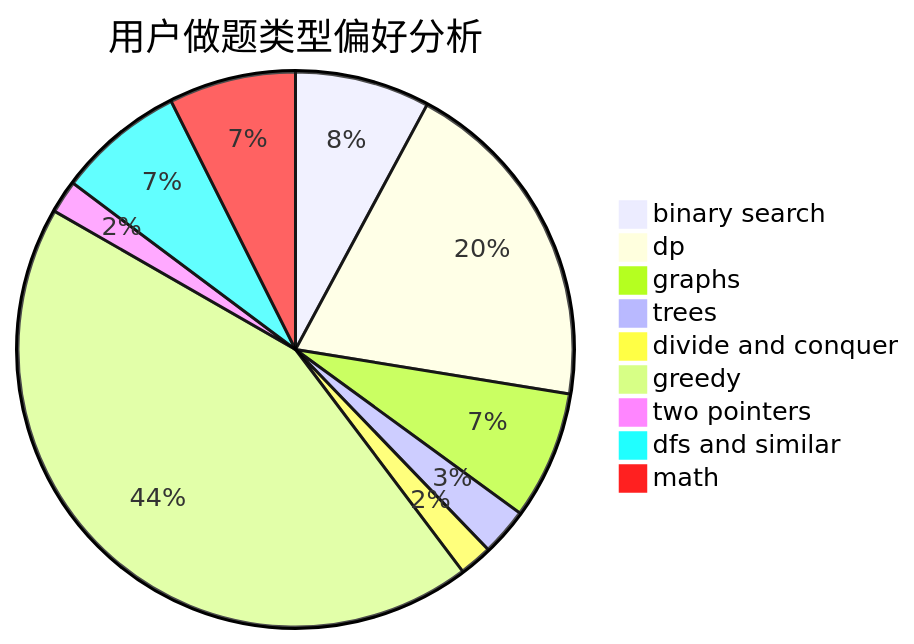
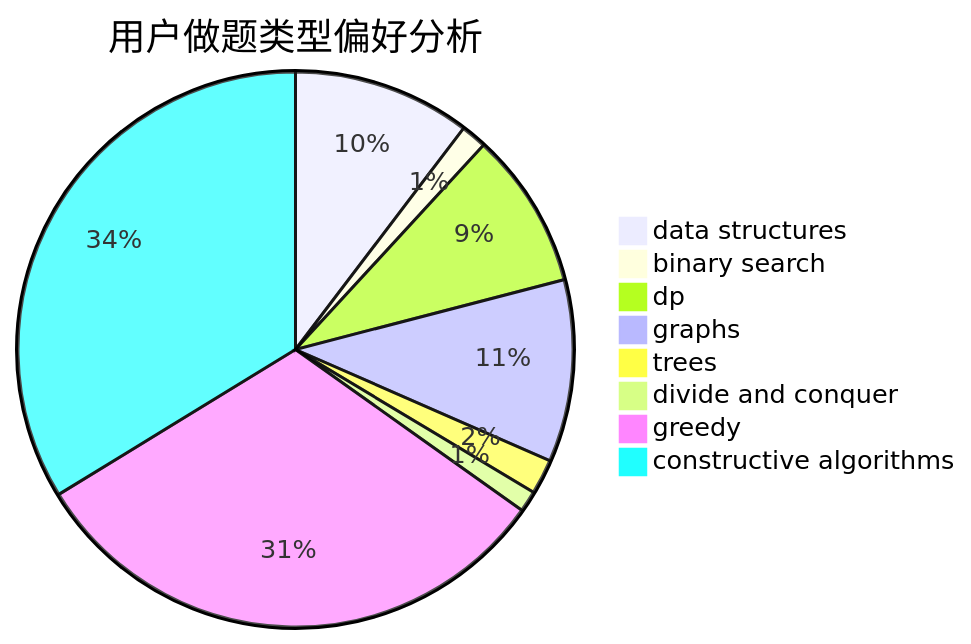
Before and after one commit to sherpahu/cfrs.github.io: the second of 3 diagrams in docs/user/u1302.md, drawn with Mermaid. The commit also changed other lines of this file and 2775 other files, not shown here.

````diff
--- a/docs/user/u1302.md
+++ b/docs/user/u1302.md
@@ -23,12 +23,11 @@
 ```mermaid
 pie title 用户做题类型偏好分析
-    "binary search" :  102
-    "dp" :  256
-    "graphs" :  97
-    "trees" :  36
-    "divide and conquer" :  25
-    "greedy" :  566
-    "two pointers" :  25
-    "dfs and similar" :  96
-    "math" :  96
+    "data structures" :  76
+    "binary search" :  11
+    "dp" :  67
+    "graphs" :  78
+    "trees" :  15
+    "divide and conquer" :  9
+    "greedy" :  231
+    "constructive algorithms" :  248
 ```
````
